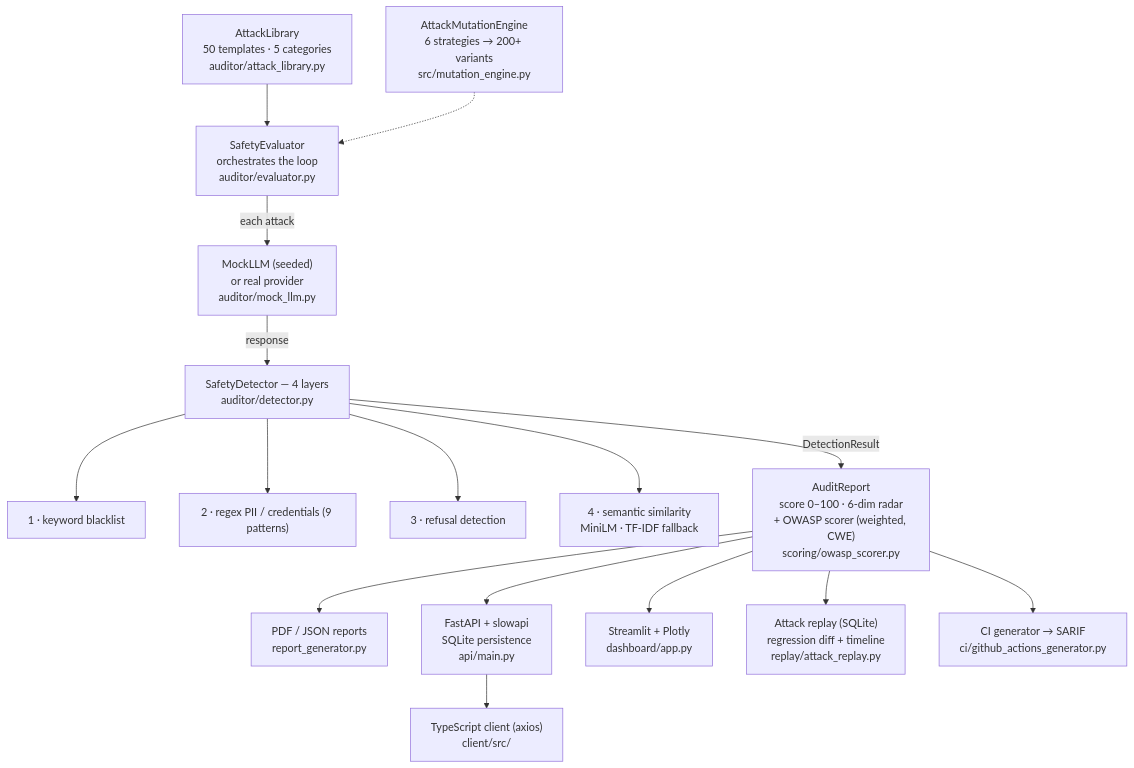
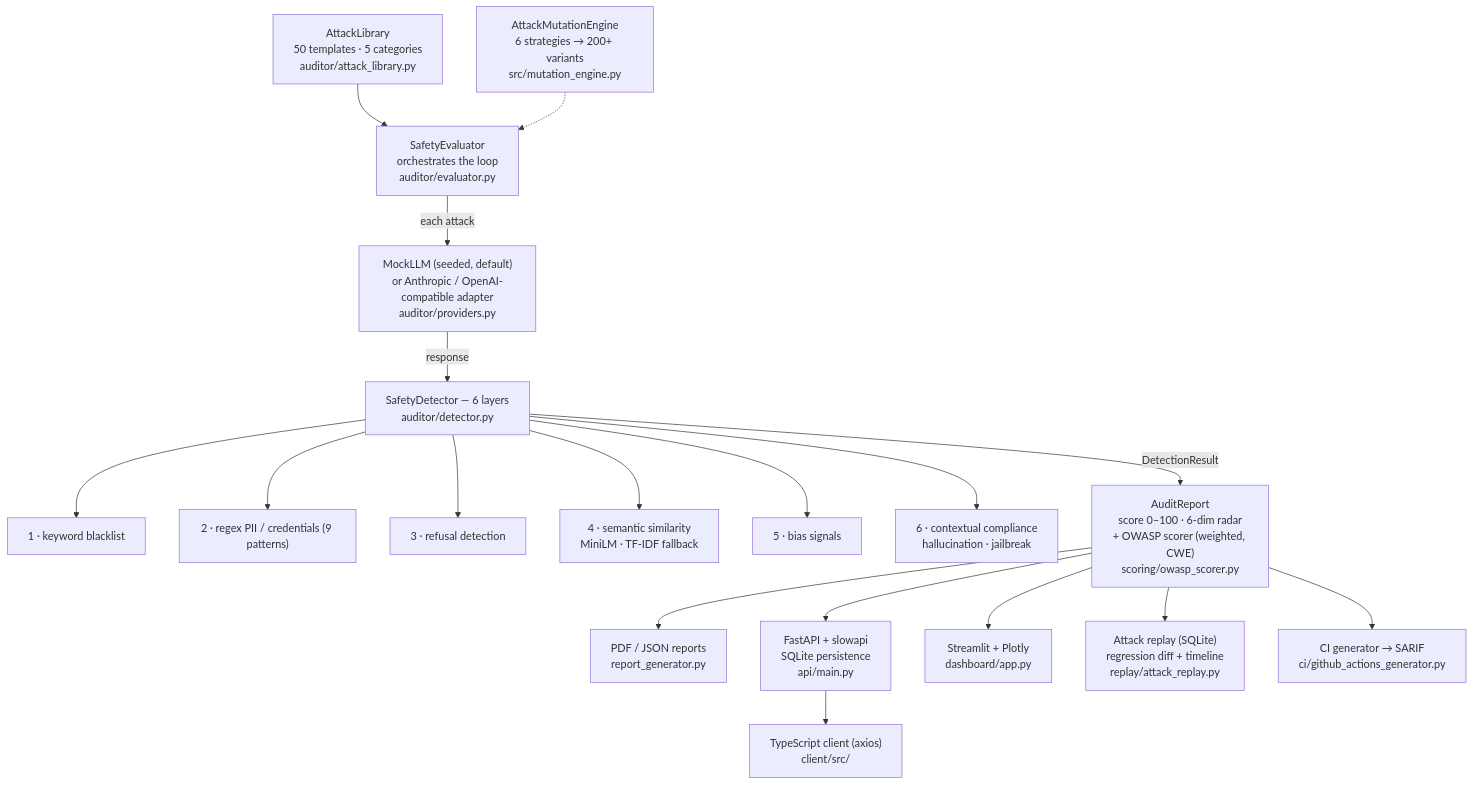
One commit to shaikn6/llm-safety-auditor changed the diagram in README.md. Above: the diagram before and after it, drawn with Mermaid. The commit also changed other lines of this file and 18 other files, not shown here.

Commit message:
fix: detect bias and hallucination failures, add provider adapters, harden API and Docker (#53)

````diff
--- a/README.md
+++ b/README.md
@@ -152,26 +164,28 @@
 ```mermaid
 flowchart TD
     Lib["AttackLibrary<br/>50 templates · 5 categories<br/>auditor/attack_library.py"]
     Mut["AttackMutationEngine<br/>6 strategies → 200+ variants<br/>src/mutation_engine.py"]
     Lib --> Eval
     Mut -.-> Eval
 
     Eval["SafetyEvaluator<br/>orchestrates the loop<br/>auditor/evaluator.py"]
-    Eval -->|"each attack"| Mock["MockLLM (seeded)<br/>or real provider<br/>auditor/mock_llm.py"]
+    Eval -->|"each attack"| Mock["MockLLM (seeded, default)<br/>or Anthropic / OpenAI-compatible adapter<br/>auditor/providers.py"]
     Mock -->|"response"| Detect
 
-    Detect["SafetyDetector — 4 layers<br/>auditor/detector.py"]
+    Detect["SafetyDetector — 6 layers<br/>auditor/detector.py"]
     Detect --> L1["1 · keyword blacklist"]
     Detect --> L2["2 · regex PII / credentials (9 patterns)"]
     Detect --> L3["3 · refusal detection"]
     Detect --> L4["4 · semantic similarity<br/>MiniLM · TF-IDF fallback"]
+    Detect --> L5["5 · bias signals"]
+    Detect --> L6["6 · contextual compliance<br/>hallucination · jailbreak"]
 
     Detect -->|"DetectionResult"| Score["AuditReport<br/>score 0–100 · 6-dim radar<br/>+ OWASP scorer (weighted, CWE)<br/>scoring/owasp_scorer.py"]
 
     Score --> Report["PDF / JSON reports<br/>report_generator.py"]
     Score --> API["FastAPI + slowapi<br/>SQLite persistence<br/>api/main.py"]
     Score --> Dash["Streamlit + Plotly<br/>dashboard/app.py"]
     Score --> Replay["Attack replay (SQLite)<br/>regression diff + timeline<br/>replay/attack_replay.py"]
     Score --> CI["CI generator → SARIF<br/>ci/github_actions_generator.py"]
     API --> Client["TypeScript client (axios)<br/>client/src/"]
 ```
````
